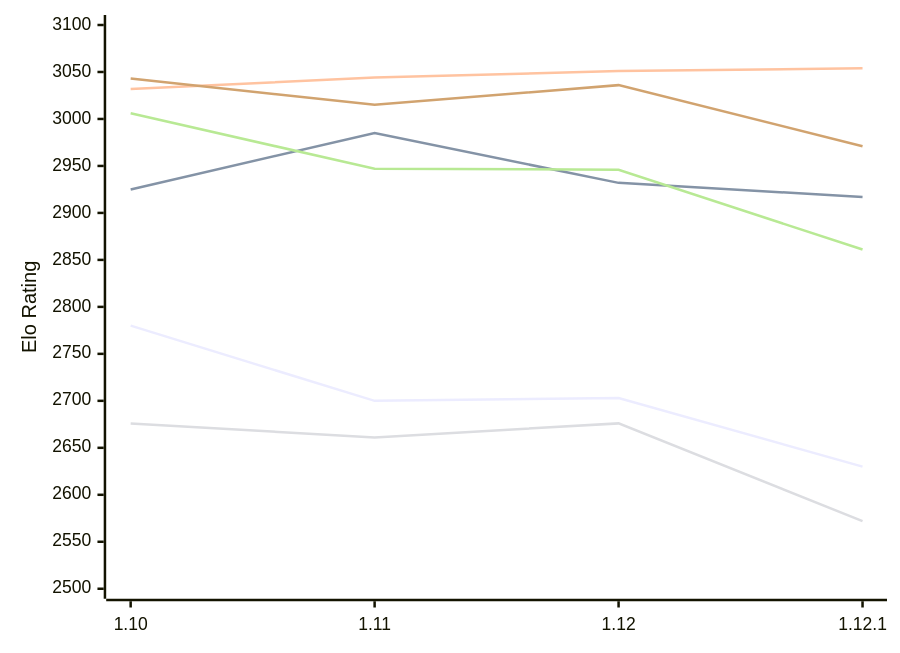
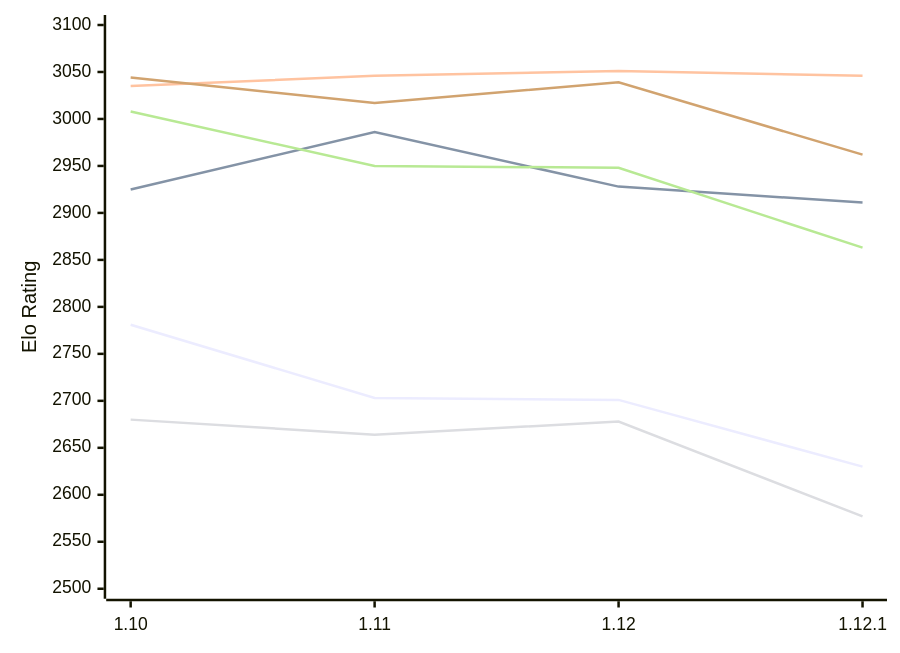
The first of 2 diagrams in engines/Roc.md (computer-chess-index/cci), drawn with Mermaid before and after one commit. The commit also changed other lines of this file, not shown here.

Commit message:
Update CCI Ratings (ELO VLTC) - 2026-11-24

````diff
--- a/engines/Roc.md
+++ b/engines/Roc.md
@@ -54,12 +54,12 @@
 ```mermaid
 %%{init: {"theme":"base","themeVariables":{"seriesColors:['#a3a3a3','#222221','#faa371']}}}%%
 xychart-beta
   x-axis ["1.10", "1.11", "1.12", "1.12.1"]
   y-axis "Elo Rating" 2500 --> 3100
-  line "E1: STC (8.0+0.08s)" [2780, 2700, 2703, 2630]
-  line "E1: LTC (60.0+0.60s)" [2925, 2985, 2932, 2917]
-  line "E1: VLTC (2m24s+1.12s)" [3032, 3044, 3051, 3054]
-  line "P1: STC (8.0+0.08s)" [2676, 2661, 2676, 2572]
-  line "P1: LTC (60.0+0.60s)" [3006, 2947, 2946, 2861]
-  line "P1: VLTC (2m24s+1.12s)" [3043, 3015, 3036, 2971]
+  line "E1: STC (8.0+0.08s)" [2781, 2703, 2701, 2630]
+  line "E1: LTC (60.0+0.60s)" [2925, 2986, 2928, 2911]
+  line "E1: VLTC (2m24s+1.12s)" [3035, 3046, 3051, 3046]
+  line "P1: STC (8.0+0.08s)" [2680, 2664, 2678, 2577]
+  line "P1: LTC (60.0+0.60s)" [3008, 2950, 2948, 2863]
+  line "P1: VLTC (2m24s+1.12s)" [3044, 3017, 3039, 2962]
 ```
````
